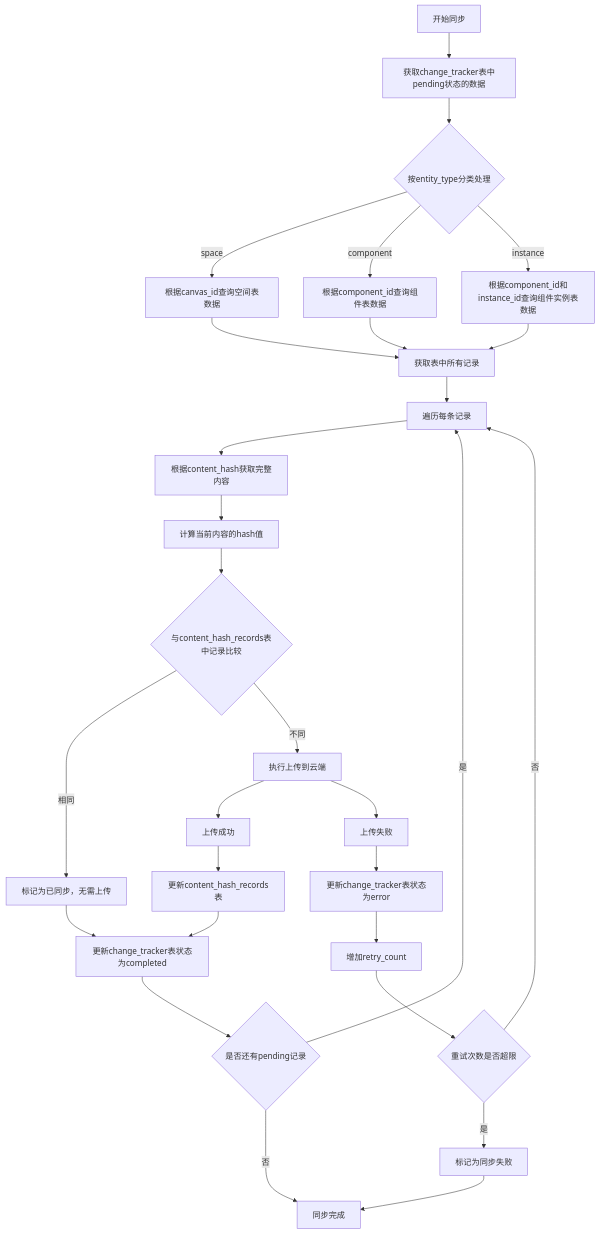
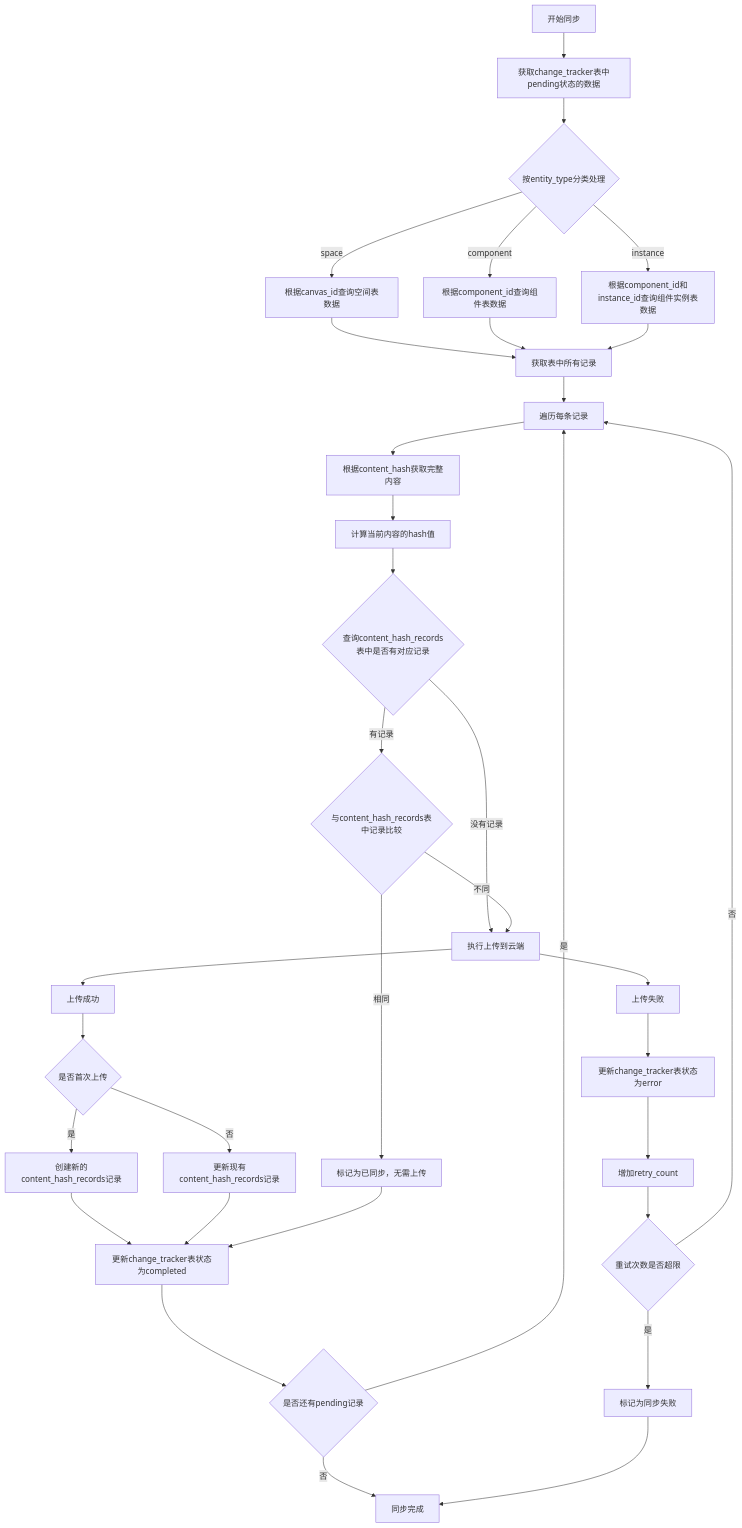
The diagram in all/未命名-43.md (yingjianzh/iodraw-files), drawn with Mermaid before and after one commit.

Commit message:
2025-04-25 18:26:51 update

````diff
--- a/all/未命名-43.md
+++ b/all/未命名-43.md
@@ -1,40 +1,46 @@
 ```mermaid
 flowchart TD
     A[开始同步] --> B[获取change_tracker表中pending状态的数据]
     B --> C{按entity_type分类处理}
     
     C -->|space| D1[根据canvas_id查询空间表数据]
     C -->|component| D2[根据component_id查询组件表数据]
     C -->|instance| D3[根据component_id和instance_id查询组件实例表数据]
     
     D1 --> E[获取表中所有记录]
     D2 --> E
     D3 --> E
     
     E --> F[遍历每条记录]
     F --> G[根据content_hash获取完整内容]
     G --> H[计算当前内容的hash值]
     
-    H --> I{与content_hash_records表中记录比较}
-    I -->|相同| J[标记为已同步，无需上传]
-    I -->|不同| K[执行上传到云端]
+    H --> I1{查询content_hash_records表中是否有对应记录}
+    I1 -->|没有记录| K[执行上传到云端]
+    I1 -->|有记录| I2{与content_hash_records表中记录比较}
+    I2 -->|相同| J[标记为已同步，无需上传]
+    I2 -->|不同| K
     
     K --> L[上传成功]
-    L --> M[更新content_hash_records表]
-    M --> N[更新change_tracker表状态为completed]
+    L --> M1{是否首次上传}
+    M1 -->|是| M2[创建新的content_hash_records记录]
+    M1 -->|否| M3[更新现有content_hash_records记录]
+    
+    M2 --> N[更新change_tracker表状态为completed]
+    M3 --> N
     
     J --> N
     
     N --> O{是否还有pending记录}
     O -->|是| F
     O -->|否| P[同步完成]
     
     K --> Q[上传失败]
     Q --> R[更新change_tracker表状态为error]
     R --> S[增加retry_count]
     S --> T{重试次数是否超限}
     T -->|是| U[标记为同步失败]
     T -->|否| F
     
     U --> P
 ```
````
